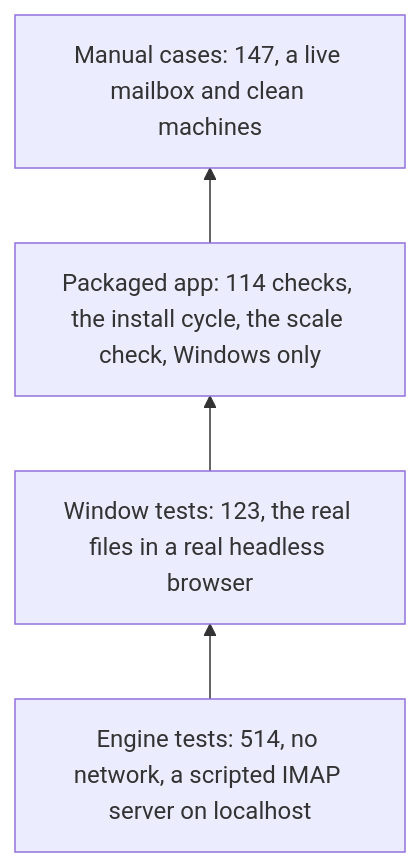
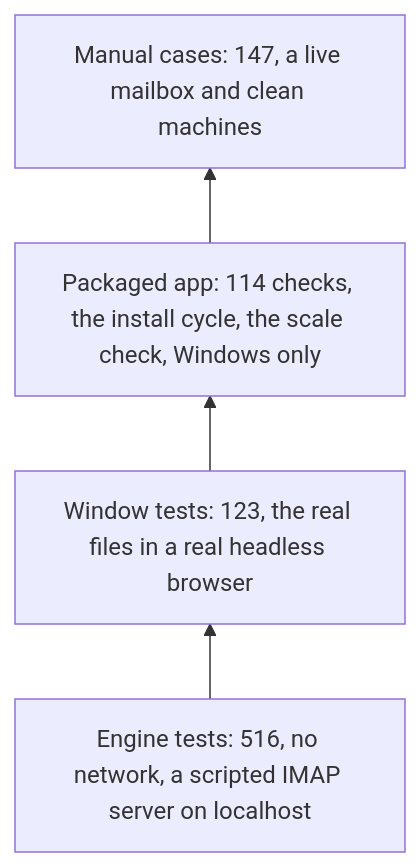
Before and after one commit to SarangVehale/email-todolist: the first of 2 diagrams in docs/testing/strategy.md, drawn with Mermaid. The commit also changed other lines of this file and 12 other files, not shown here.

````diff
--- a/docs/testing/strategy.md
+++ b/docs/testing/strategy.md
@@ -24,6 +24,6 @@
 ```mermaid
 flowchart BT
-    E["Engine tests: 514, no network, a scripted IMAP server on localhost"] --> W["Window tests: 123, the real files in a real headless browser"]
+    E["Engine tests: 516, no network, a scripted IMAP server on localhost"] --> W["Window tests: 123, the real files in a real headless browser"]
     W --> P["Packaged app: 114 checks, the install cycle, the scale check, Windows only"]
     P --> M["Manual cases: 147, a live mailbox and clean machines"]
 ```
````
